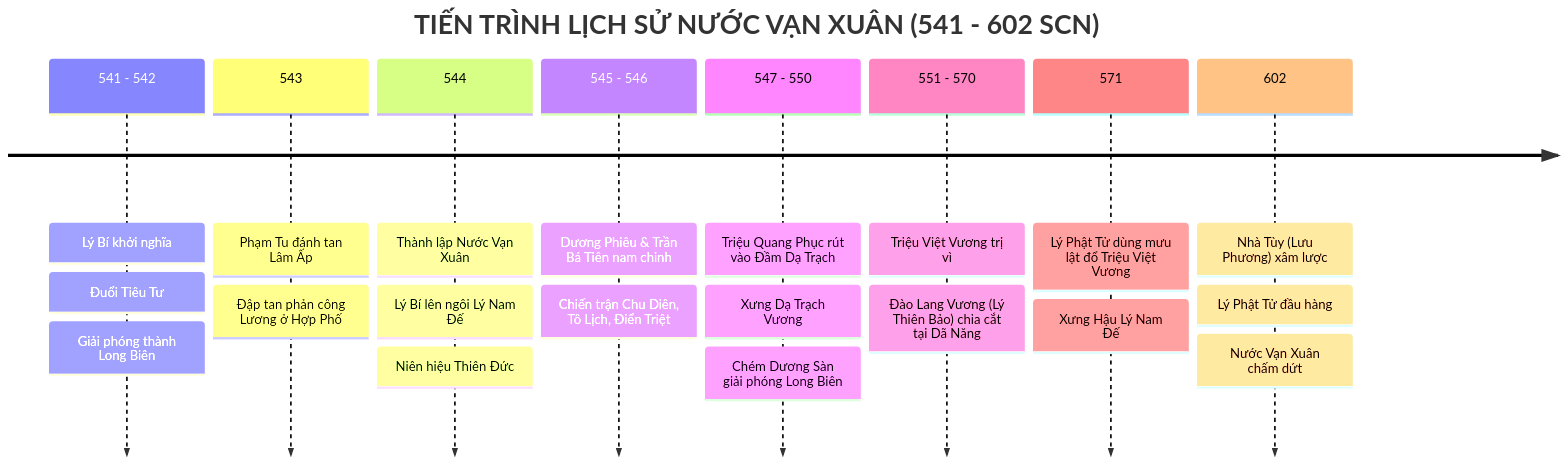
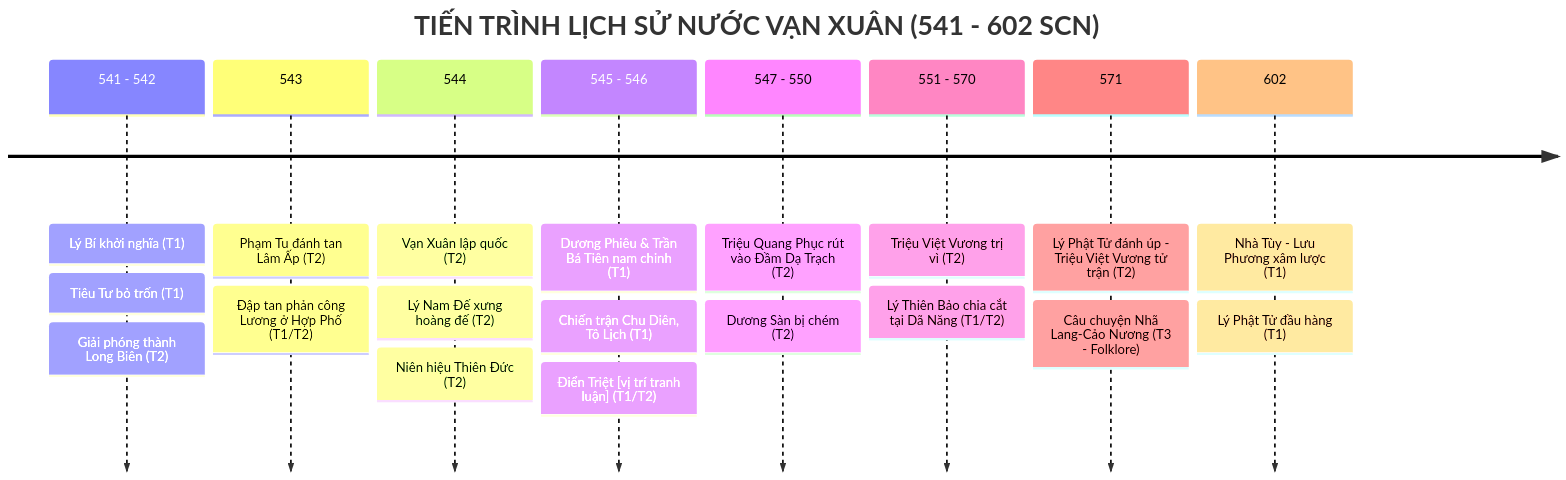
The diagram in docs/drafts/viet-su/van-xuan/historical-context-and-timeline.md (LightDucan/HuyenSu-TD), drawn with Mermaid before and after one commit. The commit also changed other lines of this file and 3 other files, not shown here.

````diff
--- a/docs/drafts/viet-su/van-xuan/historical-context-and-timeline.md
+++ b/docs/drafts/viet-su/van-xuan/historical-context-and-timeline.md
@@ -25,12 +35,12 @@
 ```mermaid
 timeline
     title TIẾN TRÌNH LỊCH SỬ NƯỚC VẠN XUÂN (541 - 602 SCN)
-    541 - 542 : Lý Bí khởi nghĩa : Đuổi Tiêu Tư : Giải phóng thành Long Biên
-    543 : Phạm Tu đánh tan Lâm Ấp : Đập tan phản công Lương ở Hợp Phố
-    544 : Thành lập Nước Vạn Xuân : Lý Bí lên ngôi Lý Nam Đế : Niên hiệu Thiên Đức
-    545 - 546 : Dương Phiêu & Trần Bá Tiên nam chinh : Chiến trận Chu Diên, Tô Lịch, Điển Triệt
-    547 - 550 : Triệu Quang Phục rút vào Đầm Dạ Trạch : Xưng Dạ Trạch Vương : Chém Dương Sàn giải phóng Long Biên
-    551 - 570 : Triệu Việt Vương trị vì : Đào Lang Vương (Lý Thiên Bảo) chia cắt tại Dã Năng
-    571 : Lý Phật Tử dùng mưu lật đổ Triệu Việt Vương : Xưng Hậu Lý Nam Đế
-    602 : Nhà Tùy (Lưu Phương) xâm lược : Lý Phật Tử đầu hàng : Nước Vạn Xuân chấm dứt
+    541 - 542 : Lý Bí khởi nghĩa (T1) : Tiêu Tư bỏ trốn (T1) : Giải phóng thành Long Biên (T2)
+    543 : Phạm Tu đánh tan Lâm Ấp (T2) : Đập tan phản công Lương ở Hợp Phố (T1/T2)
+    544 : Vạn Xuân lập quốc (T2) : Lý Nam Đế xưng hoàng đế (T2) : Niên hiệu Thiên Đức (T2)
+    545 - 546 : Dương Phiêu & Trần Bá Tiên nam chinh (T1) : Chiến trận Chu Diên, Tô Lịch (T1) : Điển Triệt [vị trí tranh luận] (T1/T2)
+    547 - 550 : Triệu Quang Phục rút vào Đầm Dạ Trạch (T2) : Dương Sàn bị chém (T2)
+    551 - 570 : Triệu Việt Vương trị vì (T2) : Lý Thiên Bảo chia cắt tại Dã Năng (T1/T2)
+    571 : Lý Phật Tử đánh úp - Triệu Việt Vương tử trận (T2) : Câu chuyện Nhã Lang-Cảo Nương (T3 - Folklore)
+    602 : Nhà Tùy - Lưu Phương xâm lược (T1) : Lý Phật Tử đầu hàng (T1)
 ```
````
